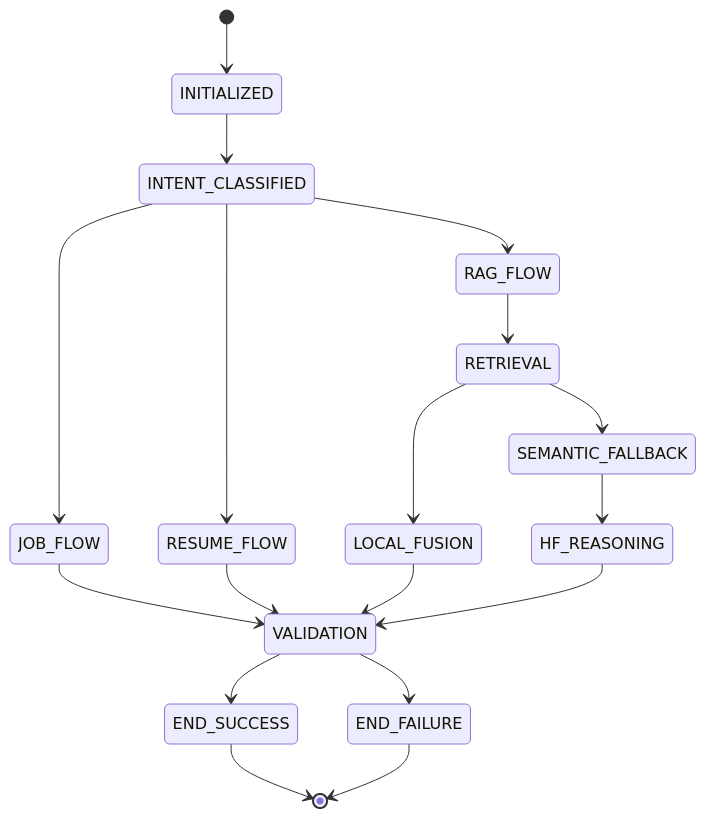
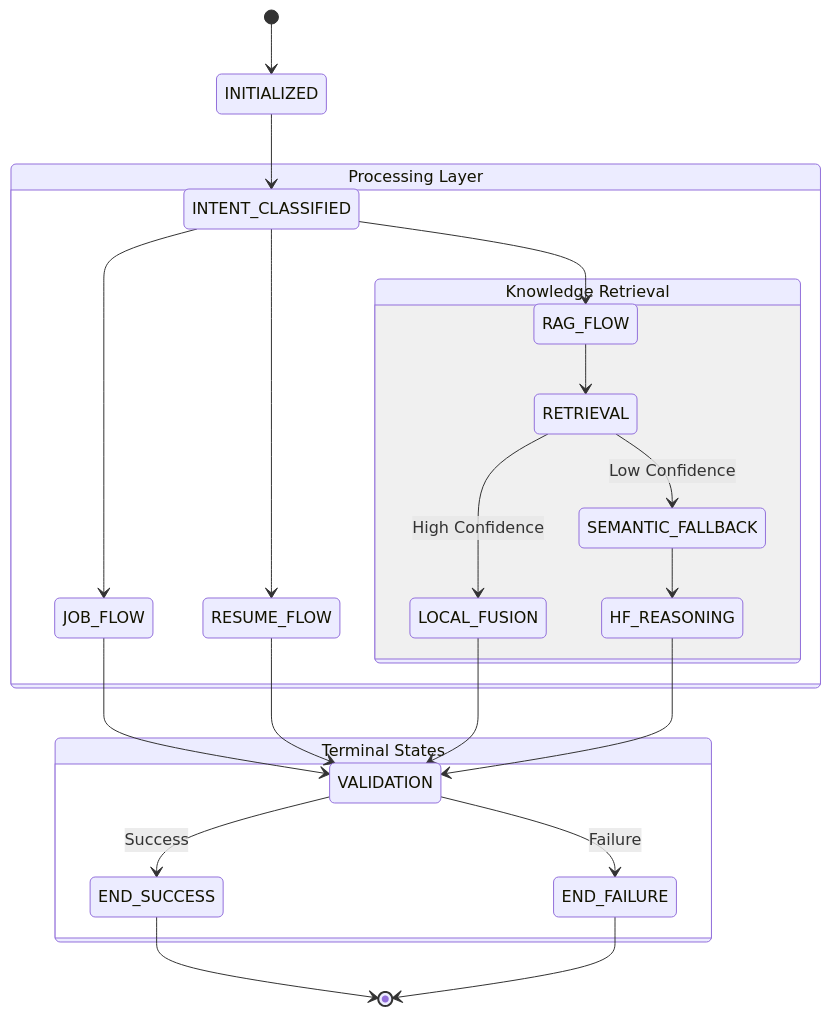
Before and after one commit to vinay170497/job-assistant-ai-platform: the diagram in docs/state_diagram.mmd, drawn with Mermaid. The commit also changed 3 other files, not shown here.

Commit message:
Updated Flowcharts and Diagrams

```diff
--- a/docs/state_diagram.mmd
+++ b/docs/state_diagram.mmd
@@ -1,25 +1,32 @@
 stateDiagram-v2
+    direction TB
 
     [*] --> INITIALIZED
     INITIALIZED --> INTENT_CLASSIFIED
 
-    INTENT_CLASSIFIED --> JOB_FLOW
-    INTENT_CLASSIFIED --> RESUME_FLOW
-    INTENT_CLASSIFIED --> RAG_FLOW
+    state "Processing Layer" as Processing {
+        INTENT_CLASSIFIED --> JOB_FLOW
+        INTENT_CLASSIFIED --> RESUME_FLOW
+        INTENT_CLASSIFIED --> RAG_FLOW
 
-    JOB_FLOW --> VALIDATION
-    RESUME_FLOW --> VALIDATION
-    RAG_FLOW --> RETRIEVAL
+        JOB_FLOW --> VALIDATION
+        RESUME_FLOW --> VALIDATION
+        
+        state "Knowledge Retrieval" as RAG {
+            RAG_FLOW --> RETRIEVAL
+            RETRIEVAL --> LOCAL_FUSION: High Confidence
+            RETRIEVAL --> SEMANTIC_FALLBACK: Low Confidence
+            SEMANTIC_FALLBACK --> HF_REASONING
+        }
+    }
 
-    RETRIEVAL --> LOCAL_FUSION
-    RETRIEVAL --> SEMANTIC_FALLBACK
-
-    SEMANTIC_FALLBACK --> HF_REASONING
     LOCAL_FUSION --> VALIDATION
     HF_REASONING --> VALIDATION
 
-    VALIDATION --> END_SUCCESS
-    VALIDATION --> END_FAILURE
+    state "Terminal States" as Terminal {
+        VALIDATION --> END_SUCCESS: Success
+        VALIDATION --> END_FAILURE: Failure
+    }
 
     END_SUCCESS --> [*]
     END_FAILURE --> [*]
```
